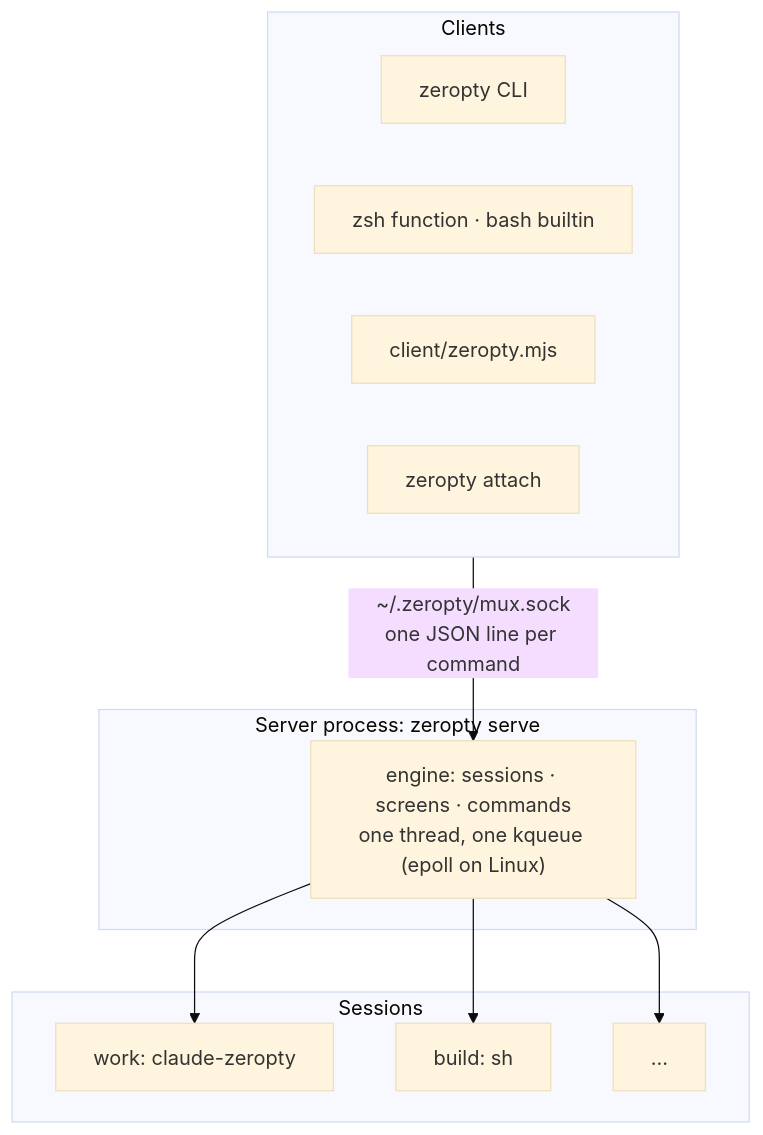
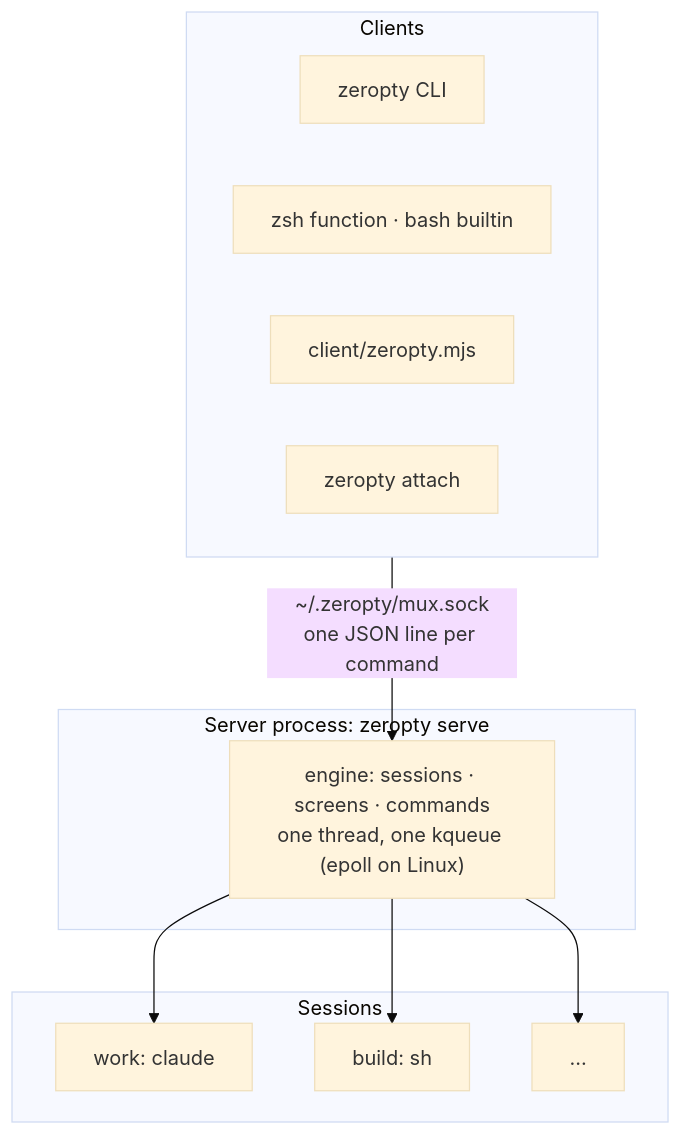
Before and after one commit to CreatiCoding/zeropty: the diagram in website/src/guide/concepts/sessions.md, drawn with Mermaid (base theme). The commit also changed 43 other files, not shown here.

First line of the commit message:
build!: remove claude-zeropty and ZEROPTY_CLAUDE_REAL

````diff
--- a/website/src/guide/concepts/sessions.md
+++ b/website/src/guide/concepts/sessions.md
@@ -9,21 +9,21 @@
 ```mermaid
 flowchart TB
   subgraph clients["Clients"]
     cli["zeropty CLI"]
     sh["zsh function · bash builtin"]
     node["client/zeropty.mjs"]
     att["zeropty attach"]
   end
   subgraph server["Server process: zeropty serve"]
     eng["engine: sessions · screens · commands<br/>one thread, one kqueue (epoll on Linux)"]
   end
   subgraph sessions["Sessions"]
-    s1["work: claude-zeropty"]
+    s1["work: claude"]
     s2["build: sh"]
     s3["..."]
   end
   clients -->|"~/.zeropty/mux.sock<br/>one JSON line per command"| eng
   eng --> s1
   eng --> s2
   eng --> s3
 ```
````
